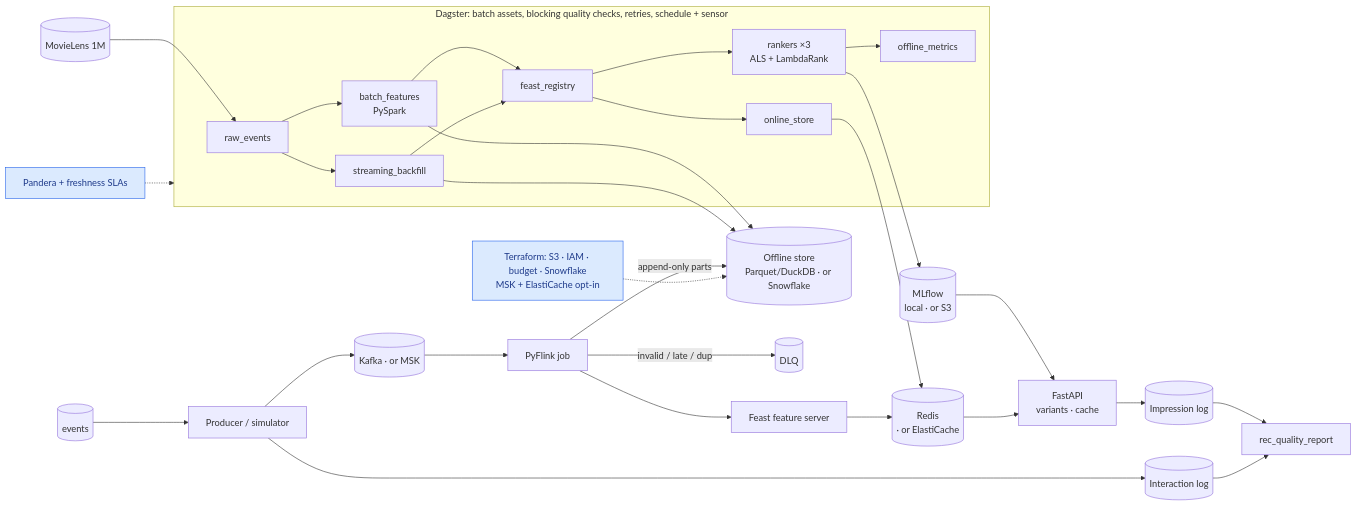
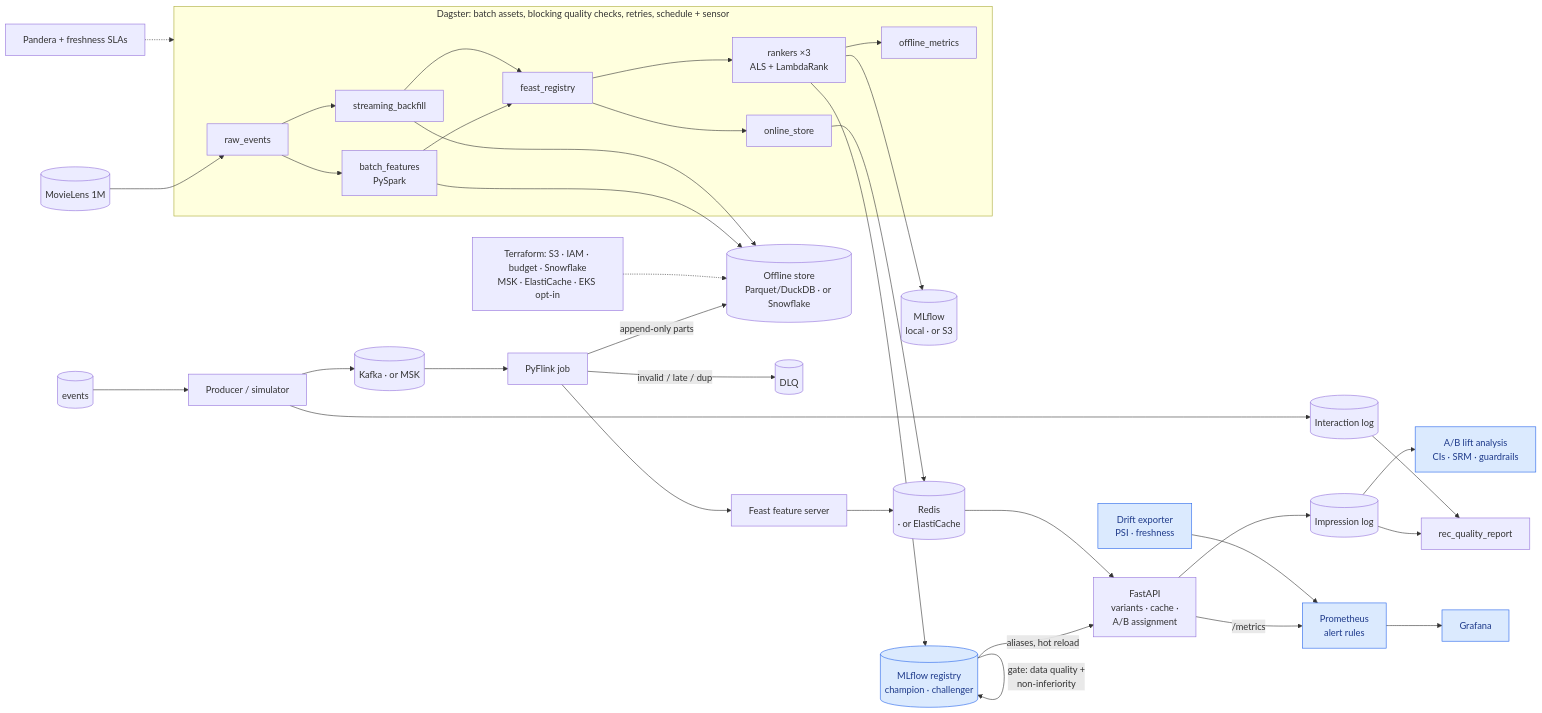
The diagram in README.md (rubinder/recsys_feature_platform), drawn with Mermaid before and after one commit. The commit also changed other lines of this file and 65 other files, not shown here.

````diff
--- a/README.md
+++ b/README.md
@@ -19,38 +22,44 @@
 ```mermaid
 flowchart LR
   classDef new fill:#dbeafe,stroke:#2563eb,color:#1e3a8a
 
   subgraph DAG[Dagster: batch assets, blocking quality checks, retries, schedule + sensor]
     ING[raw_events] --> SPARK[batch_features<br/>PySpark]
     ING --> BF[streaming_backfill]
     SPARK --> REG[feast_registry]
     BF --> REG
     REG --> ONL[online_store]
     REG --> TRAIN[rankers ×3<br/>ALS + LambdaRank]
     TRAIN --> OM[offline_metrics]
   end
   class DAG new
 
   ML[(MovieLens 1M)] --> ING
   SPARK --> OFF[(Offline store<br/>Parquet/DuckDB · or Snowflake)]
   BF --> OFF
   ONL --> REDIS[(Redis<br/>· or ElastiCache)]
   TRAIN --> MLF[(MLflow<br/>local · or S3)]
 
   RAW2[(events)] --> PROD[Producer / simulator]
   PROD --> KAFKA[(Kafka · or MSK)]
   KAFKA --> FLINK[PyFlink job]
   FLINK -->|invalid / late / dup| DLQ[(DLQ)]
   FLINK --> FS[Feast feature server] --> REDIS
   FLINK -->|append-only parts| OFF
 
-  MLF --> API[FastAPI<br/>variants · cache]
+  TRAIN --> RGY[(MLflow registry<br/>champion · challenger)]:::new
+  RGY -->|gate: data quality +<br/>non-inferiority| RGY
+  RGY -->|aliases, hot reload| API[FastAPI<br/>variants · cache ·<br/>A/B assignment]
   REDIS --> API
   API --> IMP[(Impression log)]
   PROD --> INT[(Interaction log)]
   IMP --> MET[rec_quality_report]
   INT --> MET
+  IMP --> LIFT[A/B lift analysis<br/>CIs · SRM · guardrails]:::new
+  API -->|/metrics| PROM[Prometheus<br/>alert rules]:::new
+  DRIFT[Drift exporter<br/>PSI · freshness]:::new --> PROM
+  PROM --> GRAF[Grafana]:::new
 
-  Q[Pandera + freshness SLAs]:::new -.-> DAG
-  TF[Terraform: S3 · IAM · budget · Snowflake<br/>MSK + ElastiCache opt-in]:::new -.-> OFF
+  Q[Pandera + freshness SLAs] -.-> DAG
+  TF[Terraform: S3 · IAM · budget · Snowflake<br/>MSK · ElastiCache · EKS opt-in] -.-> OFF
 ```
````
